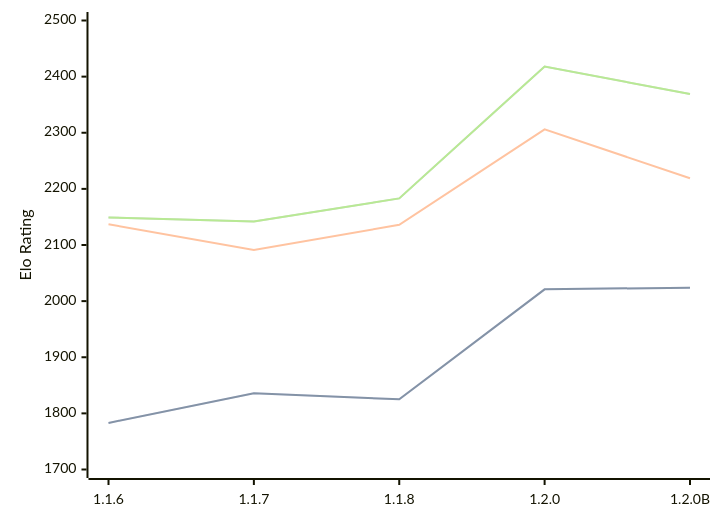
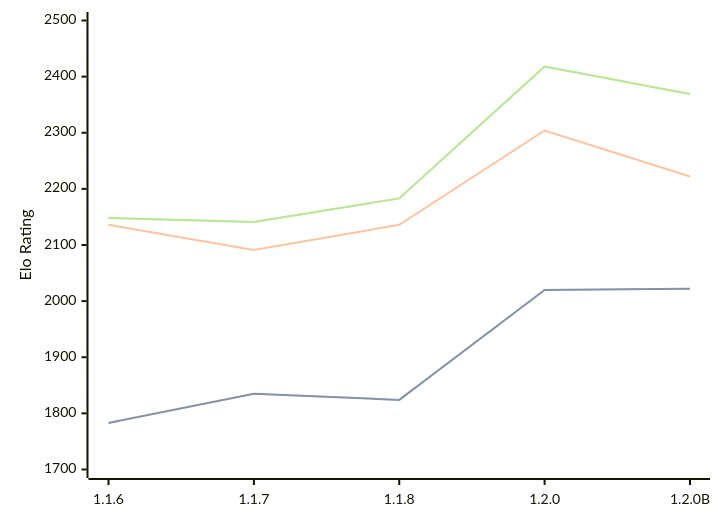
One commit to computer-chess-index/cci changed the diagram in engines/Soomi.md. Above: the diagram before and after it, drawn with Mermaid. The commit also changed other lines of this file, not shown here.

Commit message:
Update CCI Ratings (ELO VLTC) - 2026-08-04

````diff
--- a/engines/Soomi.md
+++ b/engines/Soomi.md
@@ -35,11 +35,11 @@
 ```mermaid
 %%{init: {"theme":"base","themeVariables":{"seriesColors:['#a3a3a3','#222221','#faa371']}}}%%
 xychart-beta
   x-axis ["1.1.6", "1.1.7", "1.1.8", "1.2.0", "1.2.0B"]
   y-axis "Elo Rating" 1700 --> 2500
-  line "STC (8.0+0.08s)" [1783, 1836, 1825, 2021, 2024]
-  line "STC (8.0+0.08s)" [1783, 1836, 1825, 2021, 2024]
-  line "LTC (60.0+0.60s)" [2137, 2091, 2136, 2306, 2219]
-  line "VLTC (2m24s+1.12s)" [2149, 2142, 2183, 2418, 2369]
-  line "VLTC (2m24s+1.12s)" [2149, 2142, 2183, 2418, 2369]
+  line "STC (8.0+0.08s)" [1783, 1835, 1824, 2020, 2022]
+  line "STC (8.0+0.08s)" [1783, 1835, 1824, 2020, 2022]
+  line "LTC (60.0+0.60s)" [2136, 2091, 2136, 2304, 2222]
+  line "VLTC (2m24s+1.12s)" [2148, 2141, 2183, 2418, 2369]
+  line "VLTC (2m24s+1.12s)" [2148, 2141, 2183, 2418, 2369]
 ```
````
